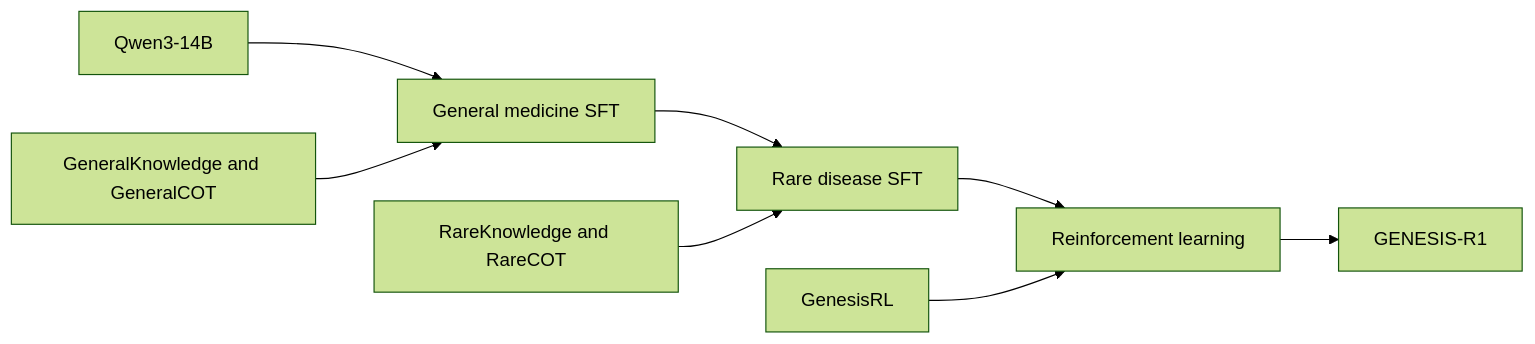
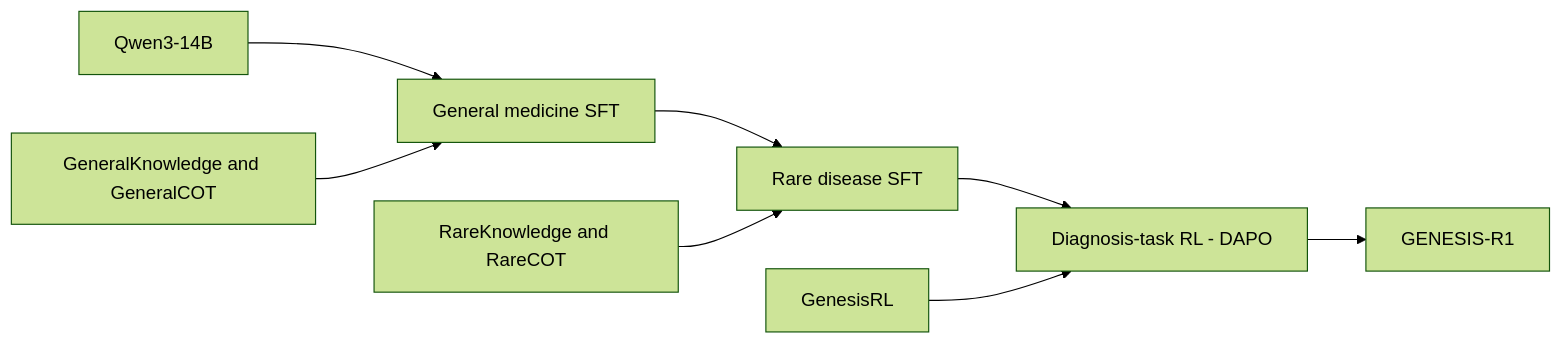
The diagram in docs/model_documentation.md (jdy18/GENESIS), drawn with Mermaid (forest theme) before and after one commit. The commit also changed other lines of this file and 30 other files, not shown here.

````diff
--- a/docs/model_documentation.md
+++ b/docs/model_documentation.md
@@ -11,10 +15,10 @@
 ```mermaid
 flowchart LR
     B[Qwen3-14B] --> G[General medicine SFT]
     G --> R[Rare disease SFT]
-    R --> L[Reinforcement learning]
+    R --> L[Diagnosis-task RL - DAPO]
     L --> M[GENESIS-R1]
     GK[GeneralKnowledge and GeneralCOT] --> G
     RK[RareKnowledge and RareCOT] --> R
     RL[GenesisRL] --> L
 ```
````
